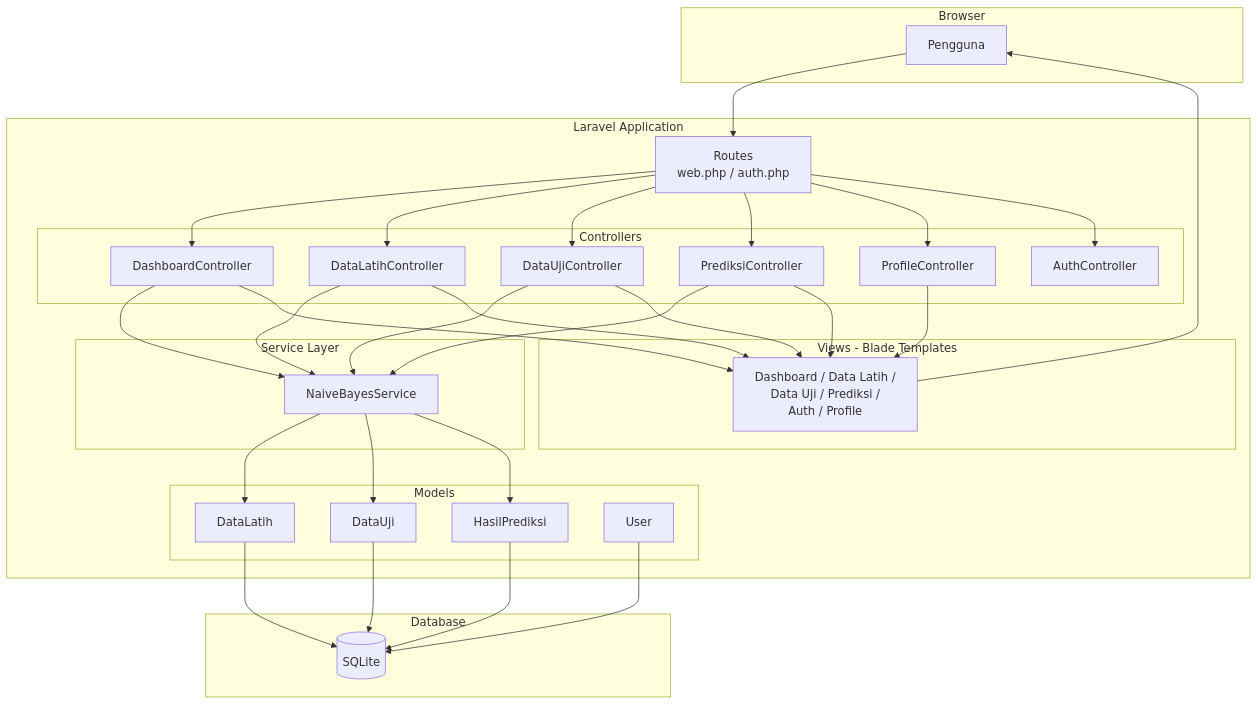
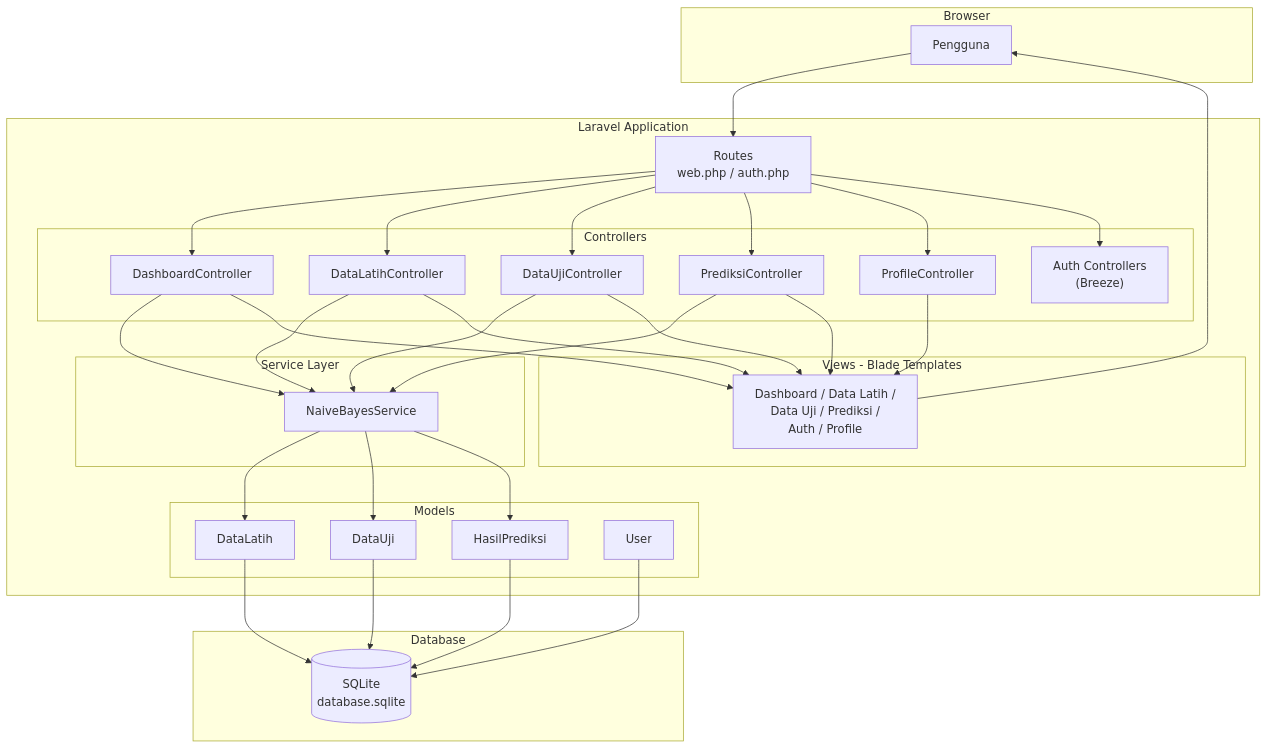
Before and after one commit to farhanrbagask/prediksi-kerusakan-laptop: the first of 3 diagrams in README.md, drawn with Mermaid. The commit also changed other lines of this file, not shown here.

````diff
--- a/README.md
+++ b/README.md
@@ -113,47 +121,47 @@
 ```mermaid
 graph TB
     subgraph "Browser"
         U[Pengguna]
     end
 
     subgraph "Laravel Application"
-        R[Routes<br>web.php / auth.php]
-        
+        R["Routes<br>web.php / auth.php"]
+
         subgraph "Controllers"
             DC[DashboardController]
             DLC[DataLatihController]
             DUC[DataUjiController]
             PC[PrediksiController]
             PRC[ProfileController]
-            AC[AuthController]
+            AC["Auth Controllers<br>(Breeze)"]
         end
 
         subgraph "Service Layer"
             NBS[NaiveBayesService]
         end
 
         subgraph "Models"
             DL[DataLatih]
             DU[DataUji]
             HP[HasilPrediksi]
             US[User]
         end
 
         subgraph "Views - Blade Templates"
-            V[Dashboard / Data Latih /<br>Data Uji / Prediksi /<br>Auth / Profile]
+            V["Dashboard / Data Latih /<br>Data Uji / Prediksi /<br>Auth / Profile"]
         end
     end
 
     subgraph "Database"
-        DB[(SQLite)]
+        DB[("SQLite<br>database.sqlite")]
     end
 
     U --> R
     R --> DC & DLC & DUC & PC & PRC & AC
     DC & PC --> NBS
     DLC & DUC --> NBS
     NBS --> DL & DU & HP
     DC & DLC & DUC & PC & PRC --> V
     DL & DU & HP & US --> DB
     V --> U
 ```
````
